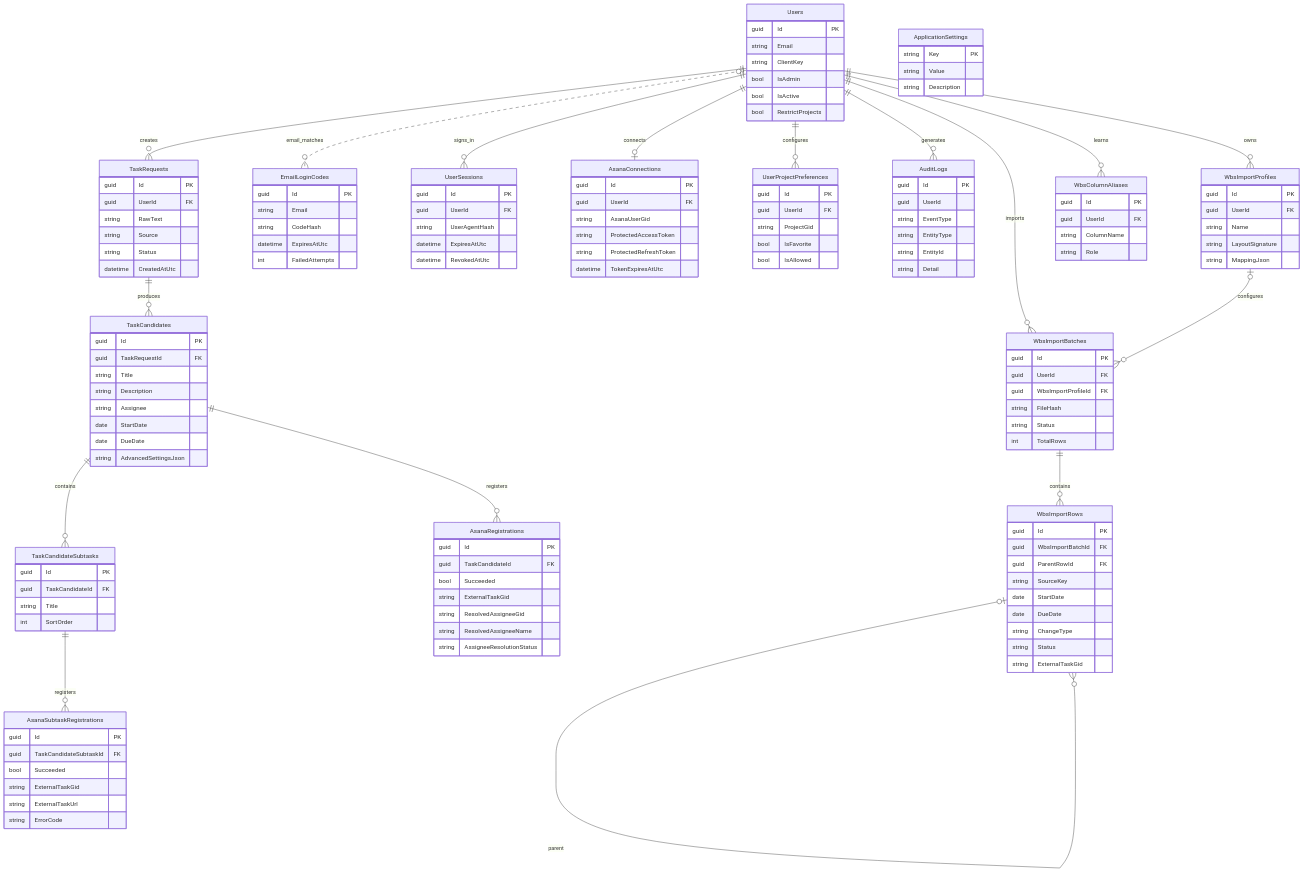
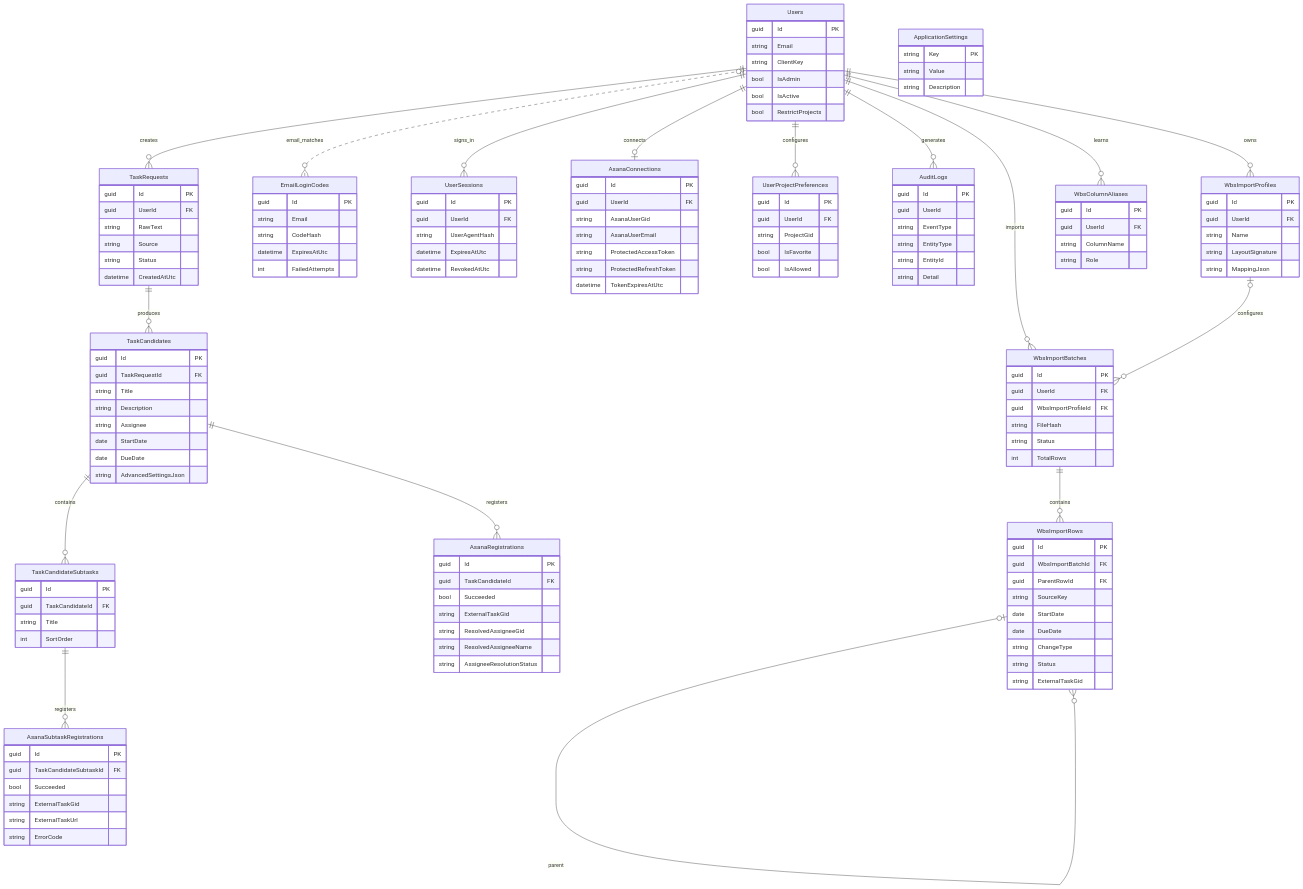
One commit to onishichimaki/Asana_App changed the second of 4 diagrams in ARCHITECTURE.md. Above: the diagram before and after it, drawn with Mermaid. The commit also changed other lines of this file and 34 other files, not shown here.

````diff
--- a/ARCHITECTURE.md
+++ b/ARCHITECTURE.md
@@ -77,36 +81,36 @@
 ```mermaid
 erDiagram
     Users ||--o{ TaskRequests : creates
     Users o|..o{ EmailLoginCodes : email_matches
     Users ||--o{ UserSessions : signs_in
     Users ||--o| AsanaConnections : connects
     Users ||--o{ UserProjectPreferences : configures
     TaskRequests ||--o{ TaskCandidates : produces
     TaskCandidates ||--o{ TaskCandidateSubtasks : contains
     TaskCandidates ||--o{ AsanaRegistrations : registers
     TaskCandidateSubtasks ||--o{ AsanaSubtaskRegistrations : registers
     Users ||--o{ AuditLogs : generates
     Users ||--o{ WbsImportProfiles : owns
     Users ||--o{ WbsColumnAliases : learns
     Users ||--o{ WbsImportBatches : imports
     WbsImportProfiles o|--o{ WbsImportBatches : configures
     WbsImportBatches ||--o{ WbsImportRows : contains
     WbsImportRows o|--o{ WbsImportRows : parent
 
     Users { guid Id PK string Email string ClientKey bool IsAdmin bool IsActive bool RestrictProjects }
     EmailLoginCodes { guid Id PK string Email string CodeHash datetime ExpiresAtUtc int FailedAttempts }
     UserSessions { guid Id PK guid UserId FK string UserAgentHash datetime ExpiresAtUtc datetime RevokedAtUtc }
-    AsanaConnections { guid Id PK guid UserId FK string AsanaUserGid string ProtectedAccessToken string ProtectedRefreshToken datetime TokenExpiresAtUtc }
+    AsanaConnections { guid Id PK guid UserId FK string AsanaUserGid string AsanaUserEmail string ProtectedAccessToken string ProtectedRefreshToken datetime TokenExpiresAtUtc }
     UserProjectPreferences { guid Id PK guid UserId FK string ProjectGid bool IsFavorite bool IsAllowed }
     TaskRequests { guid Id PK guid UserId FK string RawText string Source string Status datetime CreatedAtUtc }
     TaskCandidates { guid Id PK guid TaskRequestId FK string Title string Description string Assignee date StartDate date DueDate string AdvancedSettingsJson }
     TaskCandidateSubtasks { guid Id PK guid TaskCandidateId FK string Title int SortOrder }
     AsanaRegistrations { guid Id PK guid TaskCandidateId FK bool Succeeded string ExternalTaskGid string ResolvedAssigneeGid string ResolvedAssigneeName string AssigneeResolutionStatus }
     AsanaSubtaskRegistrations { guid Id PK guid TaskCandidateSubtaskId FK bool Succeeded string ExternalTaskGid string ExternalTaskUrl string ErrorCode }
     ApplicationSettings { string Key PK string Value string Description }
     AuditLogs { guid Id PK guid UserId string EventType string EntityType string EntityId string Detail }
     WbsImportProfiles { guid Id PK guid UserId FK string Name string LayoutSignature string MappingJson }
     WbsColumnAliases { guid Id PK guid UserId FK string ColumnName string Role }
     WbsImportBatches { guid Id PK guid UserId FK guid WbsImportProfileId FK string FileHash string Status int TotalRows }
     WbsImportRows { guid Id PK guid WbsImportBatchId FK guid ParentRowId FK string SourceKey date StartDate date DueDate string ChangeType string Status string ExternalTaskGid }
 ```
````
